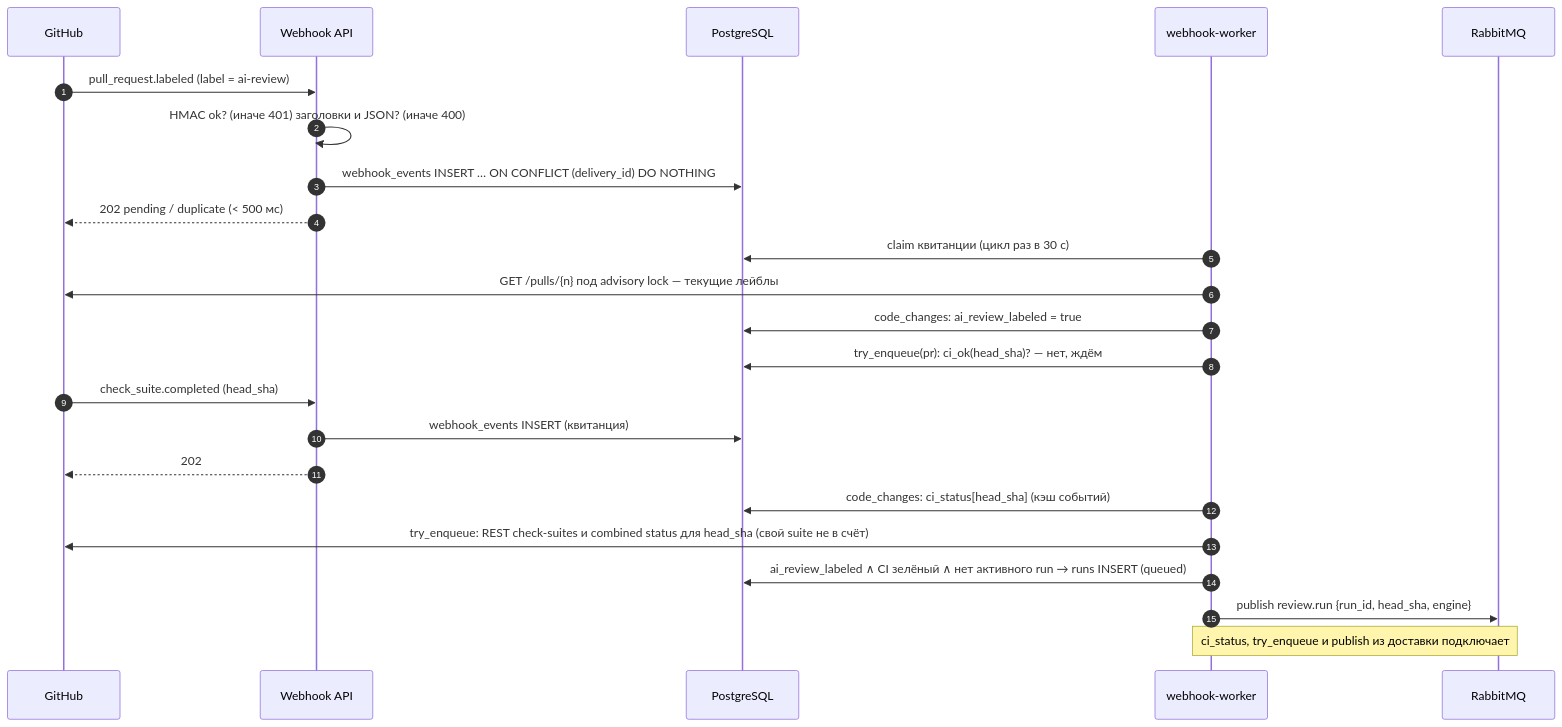
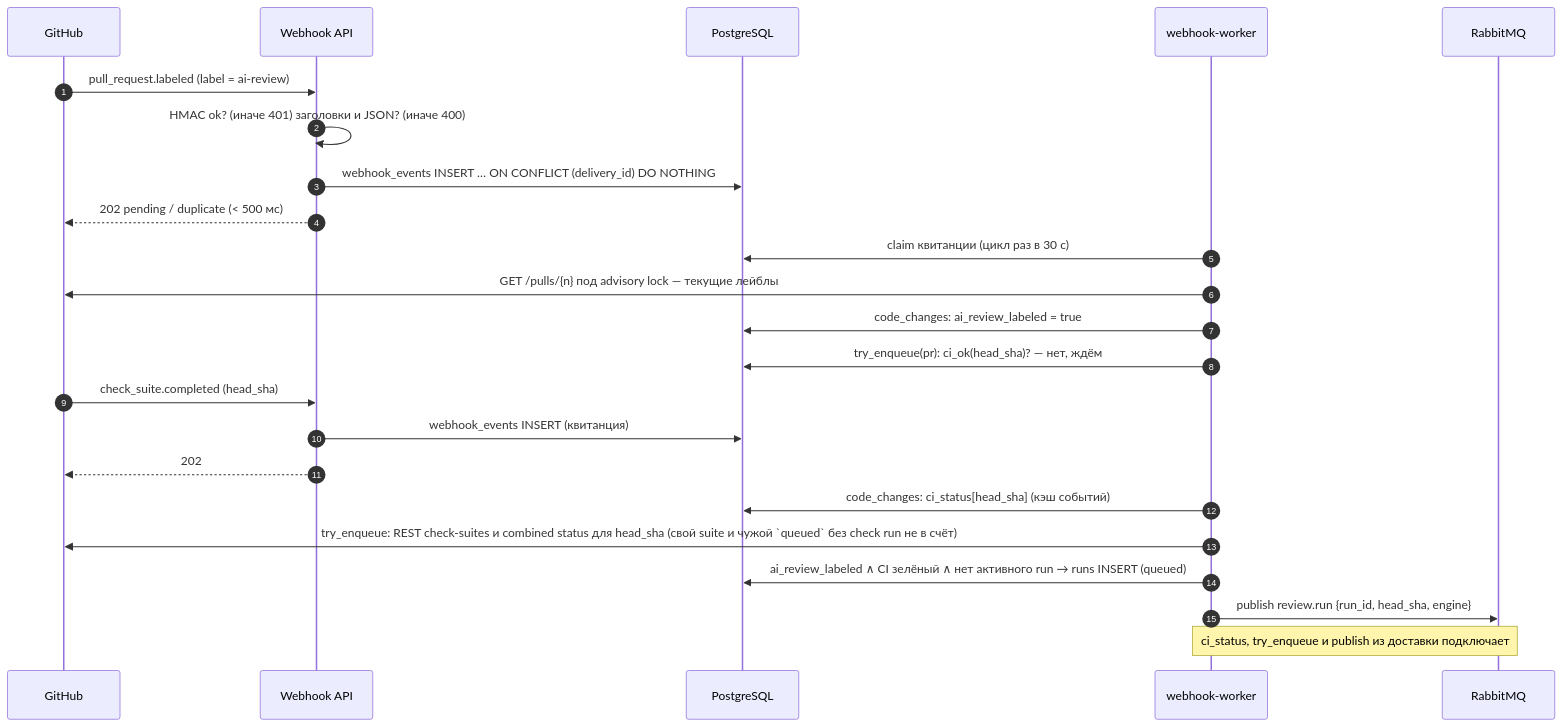
The fourth of 13 diagrams in docs/SYSTEM_DESIGN.md (larchanka-training/dmc-268-api-t6), drawn with Mermaid before and after one commit. The commit also changed other lines of this file and 6 other files, not shown here.

````diff
--- a/docs/SYSTEM_DESIGN.md
+++ b/docs/SYSTEM_DESIGN.md
@@ -226,27 +226,27 @@
 ```mermaid
 sequenceDiagram
   autonumber
   participant GH as GitHub
   participant WH as Webhook API
   participant PG as PostgreSQL
   participant WW as webhook-worker
   participant MQ as RabbitMQ
 
   GH->>WH: pull_request.labeled (label = ai-review)
   WH->>WH: HMAC ok? (иначе 401) заголовки и JSON? (иначе 400)
   WH->>PG: webhook_events INSERT … ON CONFLICT (delivery_id) DO NOTHING
   WH-->>GH: 202 pending / duplicate (< 500 мс)
   WW->>PG: claim квитанции (цикл раз в 30 с)
   WW->>GH: GET /pulls/{n} под advisory lock — текущие лейблы
   WW->>PG: code_changes: ai_review_labeled = true
   WW->>PG: try_enqueue(pr): ci_ok(head_sha)? — нет, ждём
 
   GH->>WH: check_suite.completed (head_sha)
   WH->>PG: webhook_events INSERT (квитанция)
   WH-->>GH: 202
   WW->>PG: code_changes: ci_status[head_sha] (кэш событий)
-  WW->>GH: try_enqueue: REST check-suites и combined status для head_sha (свой suite не в счёт)
+  WW->>GH: try_enqueue: REST check-suites и combined status для head_sha (свой suite и чужой `queued` без check run не в счёт)
   WW->>PG: ai_review_labeled ∧ CI зелёный ∧ нет активного run → runs INSERT (queued)
   WW->>MQ: publish review.run {run_id, head_sha, engine}
   Note over WW,MQ: ci_status, try_enqueue и publish из доставки подключает #52
 ```
````
